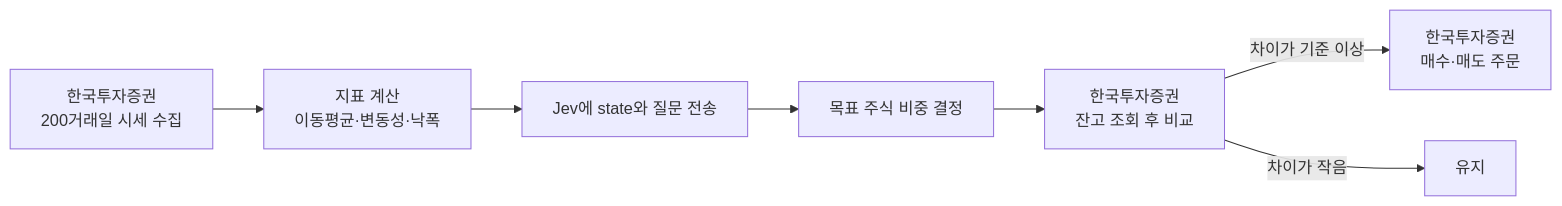
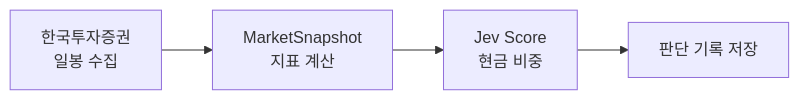
Before and after one commit to didwns7347/MoenyPrinterJS: the diagram in README.md, drawn with Mermaid. The commit also changed other lines of this file and 17 other files, not shown here.

````diff
--- a/README.md
+++ b/README.md
@@ -11,9 +25,6 @@
 ```mermaid
 flowchart LR
-    A[한국투자증권<br/>200거래일 시세 수집] --> B[지표 계산<br/>이동평균·변동성·낙폭]
-    B --> C[Jev에 state와 질문 전송]
-    C --> D[목표 주식 비중 결정]
-    D --> E[한국투자증권<br/>잔고 조회 후 비교]
-    E -->|차이가 기준 이상| F[한국투자증권<br/>매수·매도 주문]
-    E -->|차이가 작음| G[유지]
+    A[한국투자증권<br/>일봉 수집] --> B[MarketSnapshot<br/>지표 계산]
+    B --> C[Jev Score<br/>현금 비중]
+    C --> D[판단 기록 저장]
 ```
````
